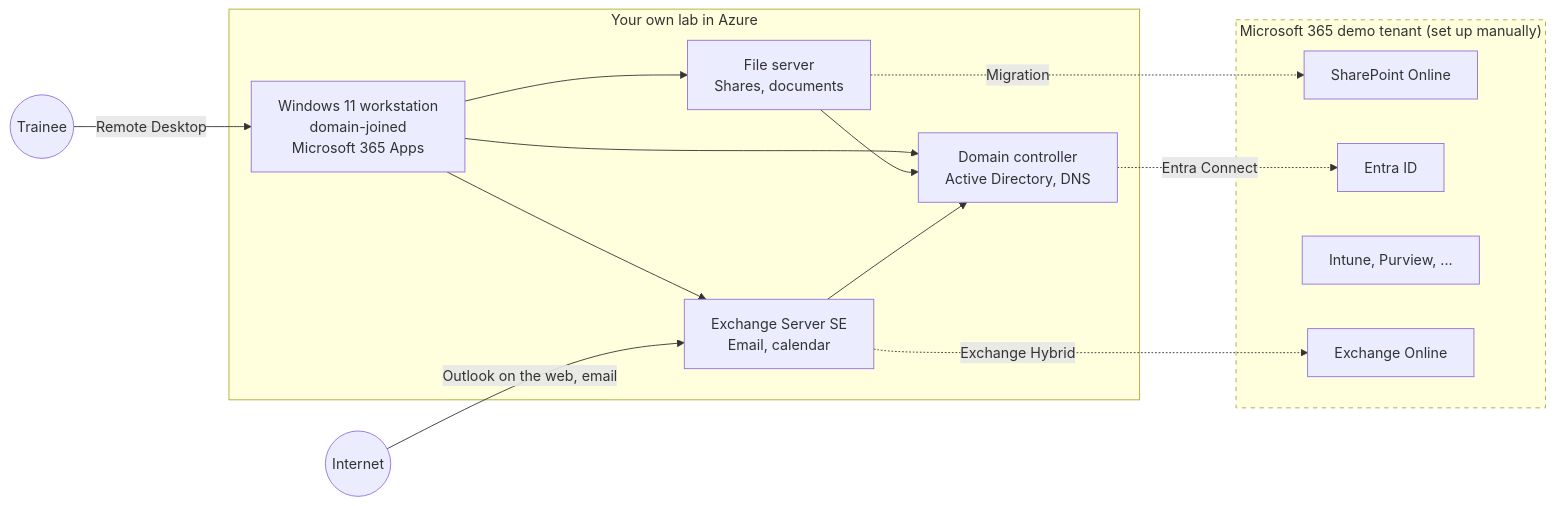
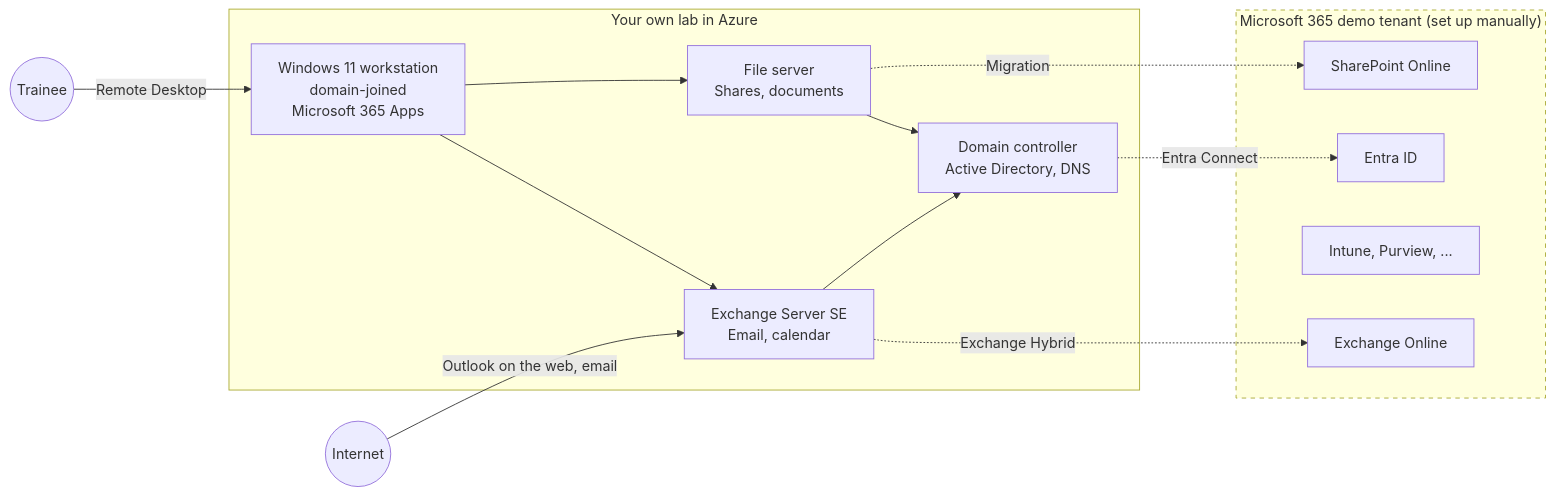
The first of 2 diagrams in readme.md (sredlin/TraineeLab), drawn with Mermaid before and after one commit. The commit also changed other lines of this file, not shown here.

Commit message:
docs(readme): remove workstation-to-DC edge that crossed in VS Code
The long edge crossed the file server edge in the VS Code preview. The
workstation box already says domain-joined, so the edge is redundant.

````diff
--- a/readme.md
+++ b/readme.md
@@ -81,26 +81,25 @@
 ```mermaid
 flowchart LR
     subgraph LAB[Your own lab in Azure]
         CL[Windows 11 workstation<br/>domain-joined<br/>Microsoft 365 Apps]
         FS[File server<br/>Shares, documents]
         DC[Domain controller<br/>Active Directory, DNS]
         EX[Exchange Server SE<br/>Email, calendar]
         CL --> FS
-        CL --> DC
         CL --> EX
         FS --> DC
         EX --> DC
     end
     subgraph M365["Microsoft 365 demo tenant (set up manually)"]
         SPO[SharePoint Online]
         ENTRA[Entra ID]
         MORE["Intune, Purview, ..."]
         EXO[Exchange Online]
     end
     TRAINEE((Trainee)) -->|Remote Desktop| CL
     INTERNET((Internet)) -->|Outlook on the web, email| EX
     FS -.->|Migration| SPO
     DC -.->|Entra Connect| ENTRA
     EX -.->|Exchange Hybrid| EXO
     style M365 stroke-dasharray: 5 5
 ```
````
